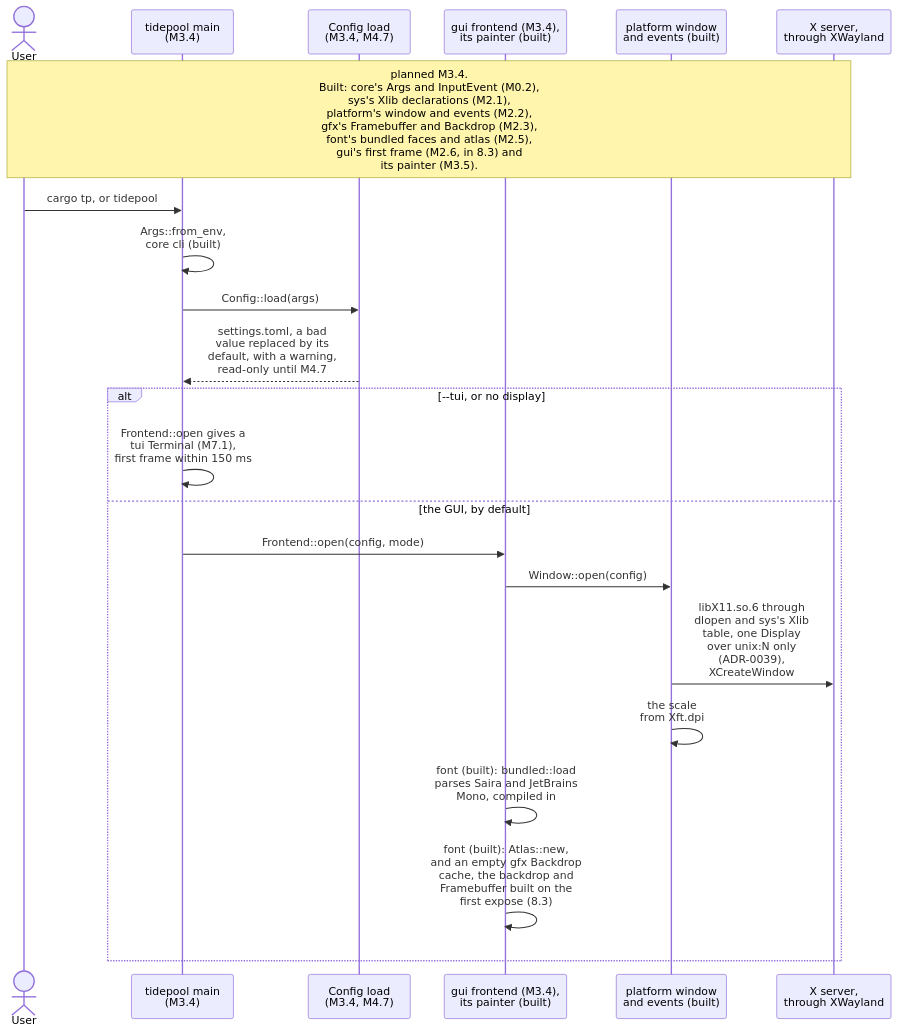
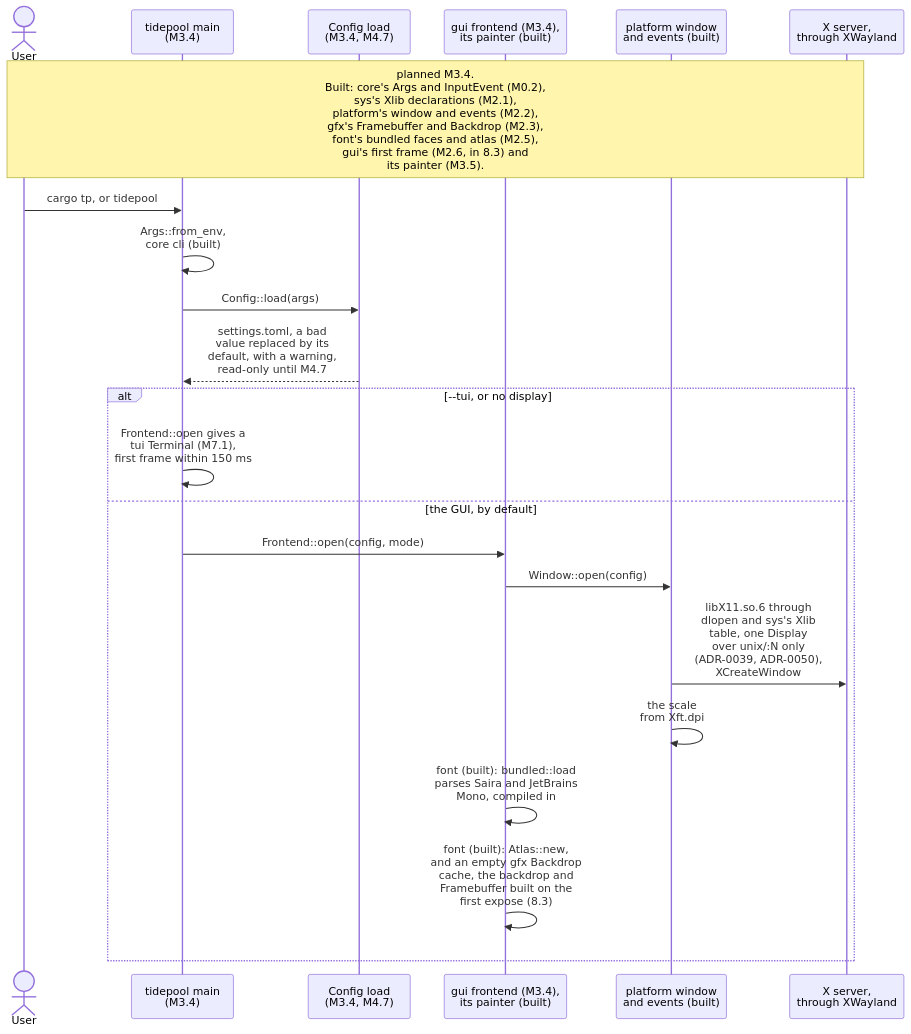
Before and after one commit to jabbott-iii/Tidepool: the ninth of 23 diagrams in diagrams/sequence-diagrams.md, drawn with Mermaid. The commit also changed other lines of this file and 11 other files, not shown here.

````diff
--- a/diagrams/sequence-diagrams.md
+++ b/diagrams/sequence-diagrams.md
@@ -528,25 +528,25 @@
 ```mermaid
 sequenceDiagram
     actor User
     participant Cli as tidepool main<br/>(M3.4)
     participant Cfg as Config load<br/>(M3.4, M4.7)
     participant Fe as gui frontend (M3.4),<br/>its painter (built)
     participant Plat as platform window<br/>and events (built)
     participant Disp as X server,<br/>through XWayland
 
     Note over User,Disp: planned M3.4.<br/>Built: core's Args and InputEvent (M0.2),<br/>sys's Xlib declarations (M2.1),<br/>platform's window and events (M2.2),<br/>gfx's Framebuffer and Backdrop (M2.3),<br/>font's bundled faces and atlas (M2.5),<br/>gui's first frame (M2.6, in 8.3) and<br/>its painter (M3.5).
     User->>Cli: cargo tp, or tidepool
     Cli->>Cli: Args::from_env,<br/>core cli (built)
     Cli->>Cfg: Config::load(args)
     Cfg-->>Cli: settings.toml, a bad<br/>value replaced by its<br/>default, with a warning,<br/>read-only until M4.7
     alt --tui, or no display
         Cli->>Cli: Frontend::open gives a<br/>tui Terminal (M7.1),<br/>first frame within 150 ms
     else the GUI, by default
         Cli->>Fe: Frontend::open(config, mode)
         Fe->>Plat: Window::open(config)
-        Plat->>Disp: libX11.so.6 through<br/>dlopen and sys's Xlib<br/>table, one Display<br/>over unix:N only<br/>(ADR-0039),<br/>XCreateWindow
+        Plat->>Disp: libX11.so.6 through<br/>dlopen and sys's Xlib<br/>table, one Display<br/>over unix/:N only<br/>(ADR-0039, ADR-0050),<br/>XCreateWindow
         Plat->>Plat: the scale<br/>from Xft.dpi
         Fe->>Fe: font (built): bundled::load<br/>parses Saira and JetBrains<br/>Mono, compiled in
         Fe->>Fe: font (built): Atlas::new,<br/>and an empty gfx Backdrop<br/>cache, the backdrop and<br/>Framebuffer built on the<br/>first expose (8.3)
     end
 ```
````
